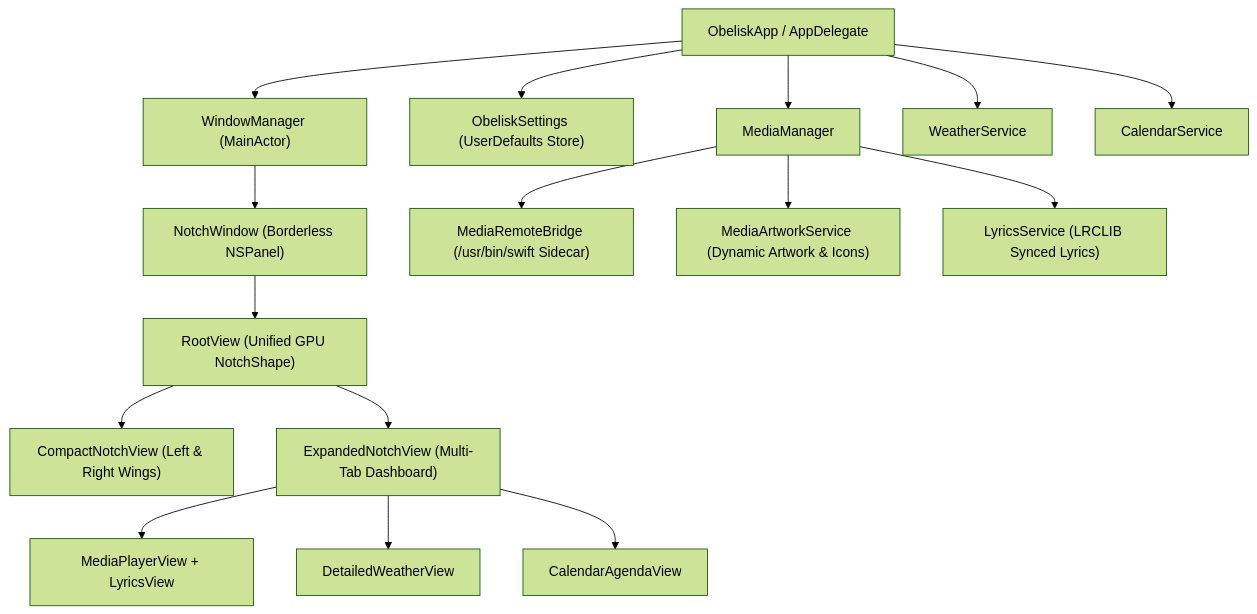
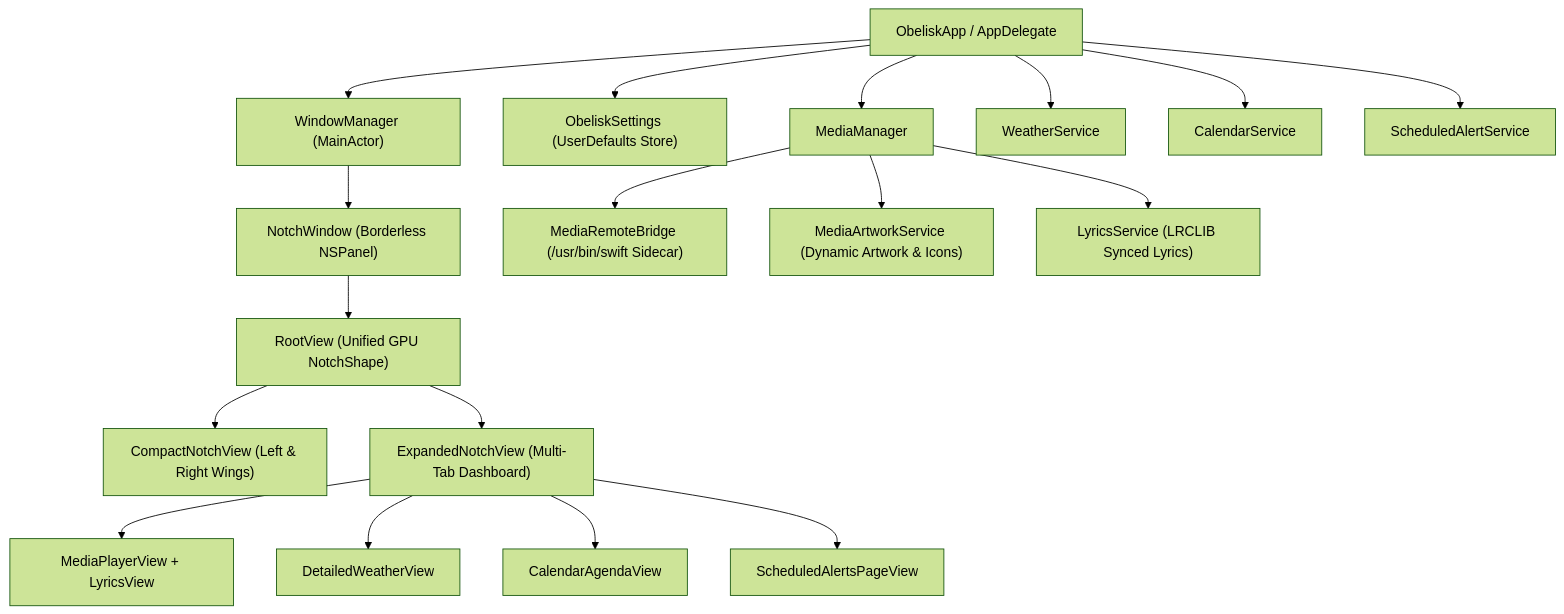
Before and after one commit to AlexanderSatryo/Obelisk: the diagram in Documentation.md, drawn with Mermaid (forest theme). The commit also changed other lines of this file and 3 other files, not shown here.

````diff
--- a/Documentation.md
+++ b/Documentation.md
@@ -9,21 +9,23 @@
 ```mermaid
 flowchart TD
     App["ObeliskApp / AppDelegate"] --> WM["WindowManager (MainActor)"]
     App --> Settings["ObeliskSettings (UserDefaults Store)"]
     App --> MM["MediaManager"]
     App --> WS["WeatherService"]
     App --> CS["CalendarService"]
+    App --> SAS["ScheduledAlertService"]
 
     WM --> NW["NotchWindow (Borderless NSPanel)"]
     NW --> RV["RootView (Unified GPU NotchShape)"]
     RV --> CNV["CompactNotchView (Left & Right Wings)"]
     RV --> ENV["ExpandedNotchView (Multi-Tab Dashboard)"]
 
     ENV --> MPV["MediaPlayerView + LyricsView"]
     ENV --> DWV["DetailedWeatherView"]
     ENV --> CAV["CalendarAgendaView"]
+    ENV --> SAPV["ScheduledAlertsPageView"]
 
     MM --> MRB["MediaRemoteBridge (/usr/bin/swift Sidecar)"]
     MM --> MAS["MediaArtworkService (Dynamic Artwork & Icons)"]
     MM --> LS["LyricsService (LRCLIB Synced Lyrics)"]
 ```
````
